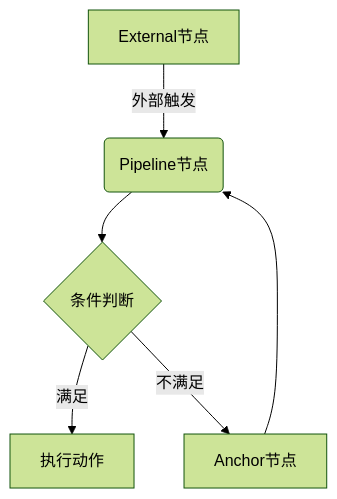
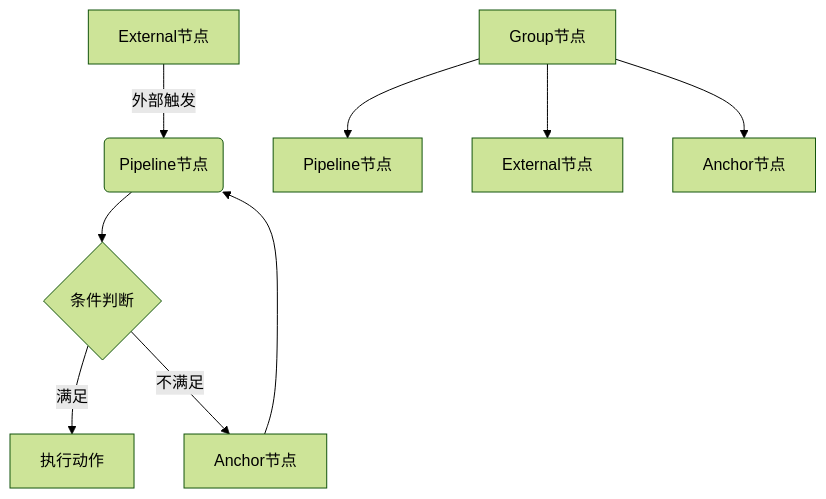
One commit to kqcoxn/MaaPipelineEditor changed the first of 2 diagrams in .qoder/repowiki/zh/content/核心概念/节点/节点.md. Above: the diagram before and after it, drawn with Mermaid (forest theme). The commit also changed other lines of this file and 6 other files, not shown here.

````diff
--- a/.qoder/repowiki/zh/content/核心概念/节点/节点.md
+++ b/.qoder/repowiki/zh/content/核心概念/节点/节点.md
@@ -70,8 +85,11 @@
 ```mermaid
 graph TD
 A[External节点] --> |外部触发| B(Pipeline节点)
 B --> C{条件判断}
 C --> |满足| D[执行动作]
 C --> |不满足| E[Anchor节点]
 E --> B
+F[Group节点] --> G[Pipeline节点]
+F --> H[External节点]
+F --> I[Anchor节点]
 ```
````
